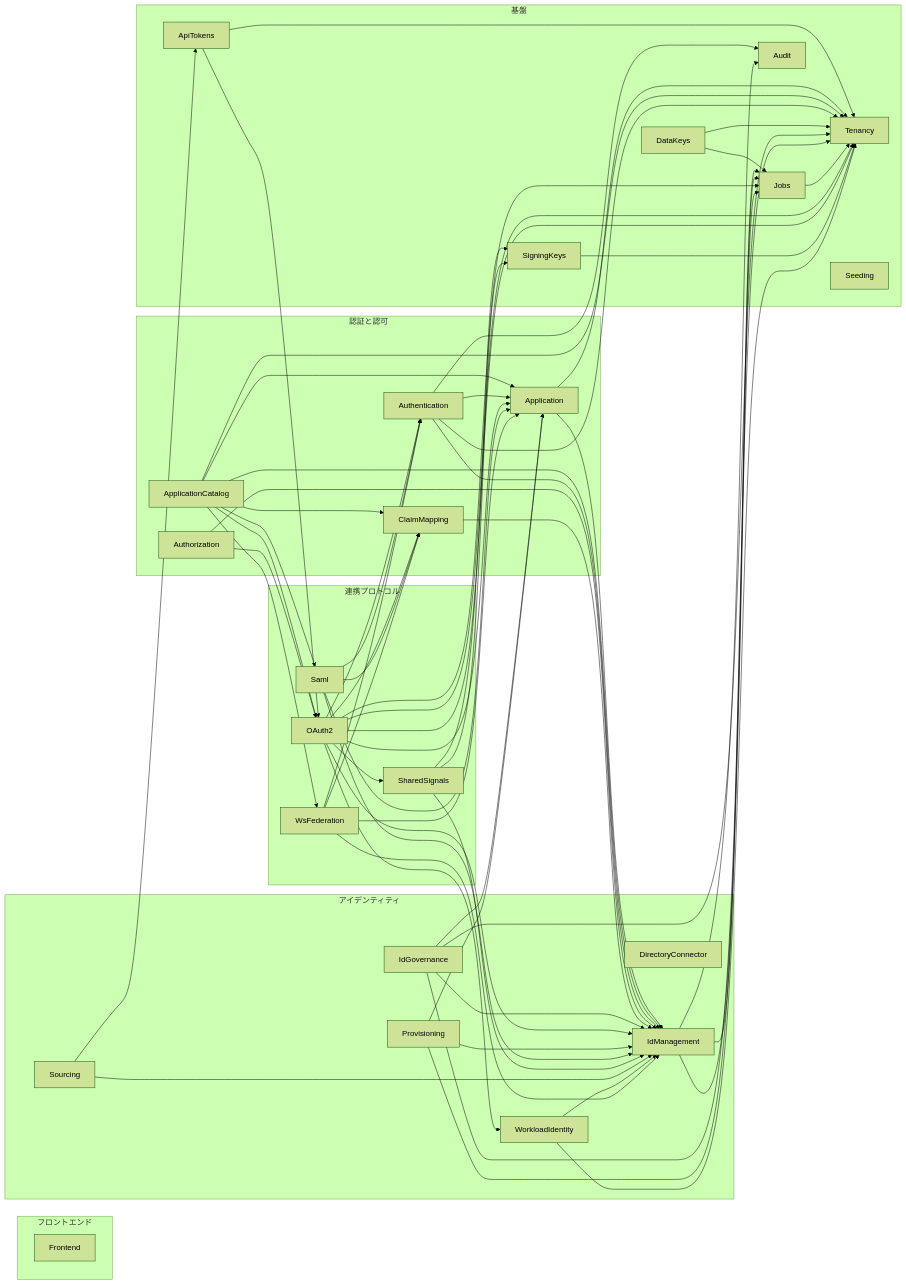
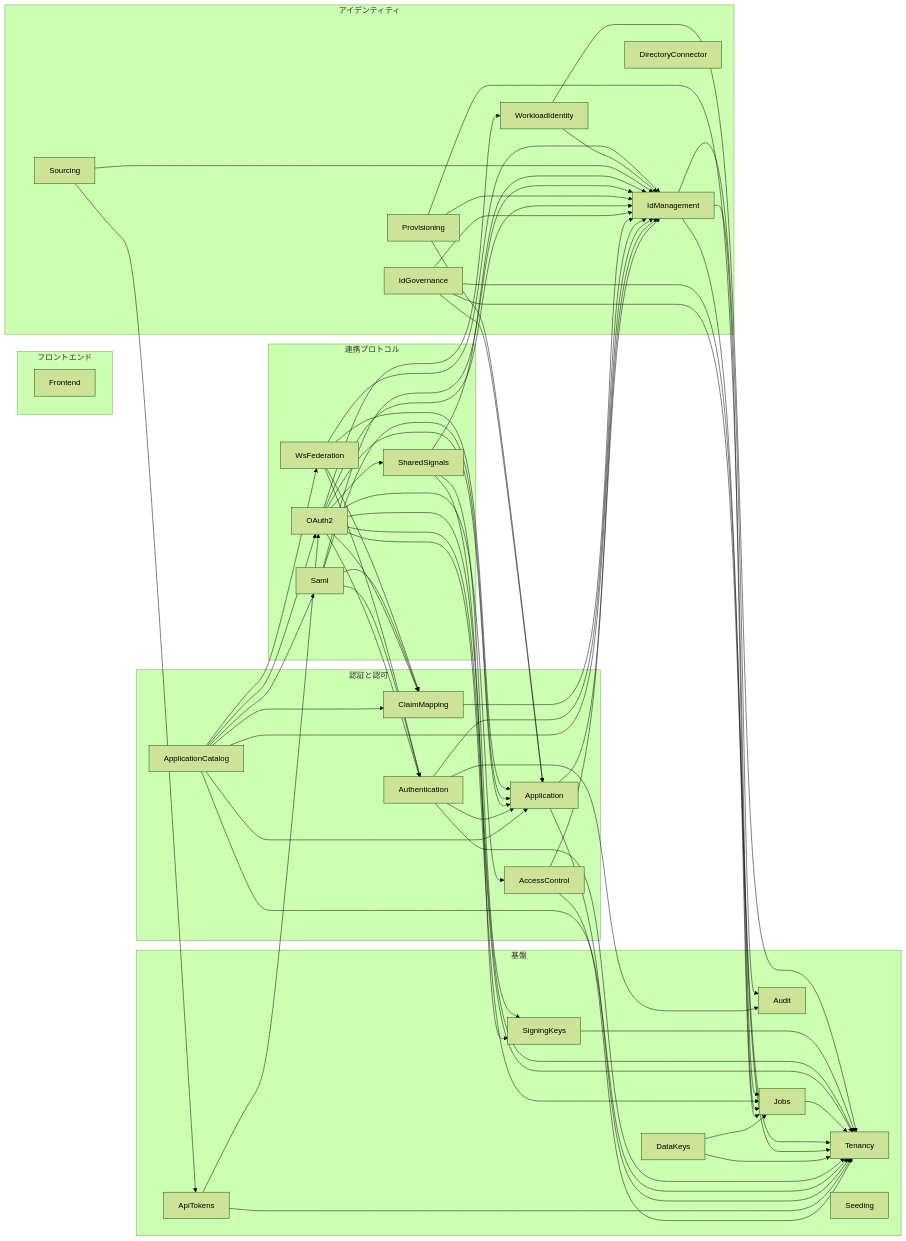
One commit to ambi/idmagic changed the diagram in docs/modules/README.md. Above: the diagram before and after it, drawn with Mermaid (forest theme). The commit also changed other lines of this file and 95 other files, not shown here.

First line of the commit message:
refactor(access-control): consolidate authorization and role policies

```diff
--- a/docs/modules/README.md
+++ b/docs/modules/README.md
@@ -132,7 +132,7 @@
   end
   subgraph group3["認証と認可"]
     Authentication
-    Authorization
+    AccessControl
     Application
     ApplicationCatalog
     ClaimMapping
@@ -143,6 +143,8 @@
     WsFederation
     SharedSignals
   end
+  AccessControl --> IdManagement
+  AccessControl --> Tenancy
   ApiTokens --> OAuth2
   ApiTokens --> Tenancy
   Application --> IdManagement
@@ -158,8 +160,6 @@
   Authentication --> Audit
   Authentication --> IdManagement
   Authentication --> Tenancy
-  Authorization --> IdManagement
-  Authorization --> OAuth2
   ClaimMapping --> IdManagement
   DataKeys --> Jobs
   DataKeys --> Tenancy
@@ -171,6 +171,7 @@
   IdManagement --> Jobs
   IdManagement --> Tenancy
   Jobs --> Tenancy
+  OAuth2 --> AccessControl
   OAuth2 --> Application
   OAuth2 --> Authentication
   OAuth2 --> ClaimMapping
```
